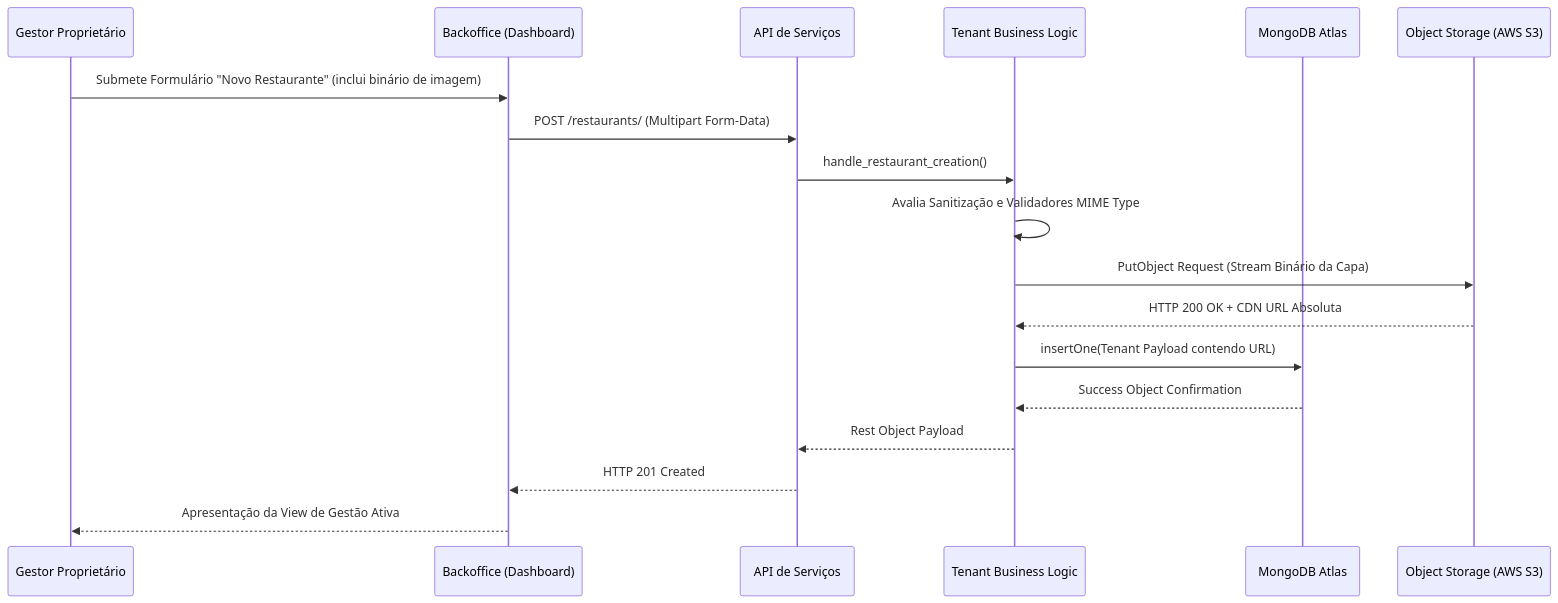
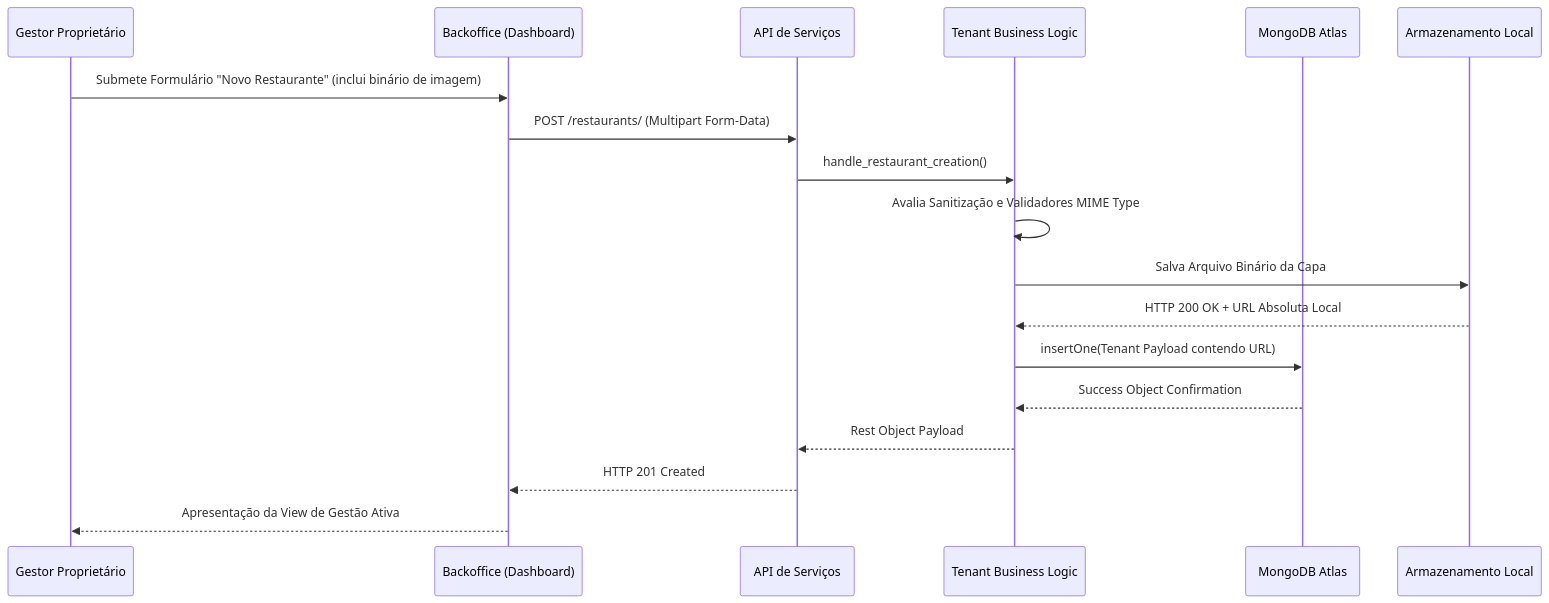
One commit to pedroprobst/cardapio_fabio changed the second of 4 diagrams in docs/07-diagrama-de-sequencia.md. Above: the diagram before and after it, drawn with Mermaid. The commit also changed other lines of this file and 10 other files, not shown here.

````diff
--- a/docs/07-diagrama-de-sequencia.md
+++ b/docs/07-diagrama-de-sequencia.md
@@ -69,25 +70,25 @@
 ```mermaid
 sequenceDiagram
     participant G as Gestor Proprietário
     participant UI as Backoffice (Dashboard)
     participant API as API de Serviços
     participant BL as Tenant Business Logic
     participant DB as MongoDB Atlas
-    participant S3 as Object Storage (AWS S3)
+    participant Storage as Armazenamento Local
 
     G->>UI: Submete Formulário "Novo Restaurante" (inclui binário de imagem)
     UI->>API: POST /restaurants/ (Multipart Form-Data)
     API->>BL: handle_restaurant_creation()
     
     %% Fase de Armazenamento
     BL->>BL: Avalia Sanitização e Validadores MIME Type
-    BL->>S3: PutObject Request (Stream Binário da Capa)
-    S3-->>BL: HTTP 200 OK + CDN URL Absoluta
+    BL->>Storage: Salva Arquivo Binário da Capa
+    Storage-->>BL: HTTP 200 OK + URL Absoluta Local
     
     %% Fase de Registro e Finalização
     BL->>DB: insertOne(Tenant Payload contendo URL)
     DB-->>BL: Success Object Confirmation
     BL-->>API: Rest Object Payload
     API-->>UI: HTTP 201 Created
     UI-->>G: Apresentação da View de Gestão Ativa
 ```
````
